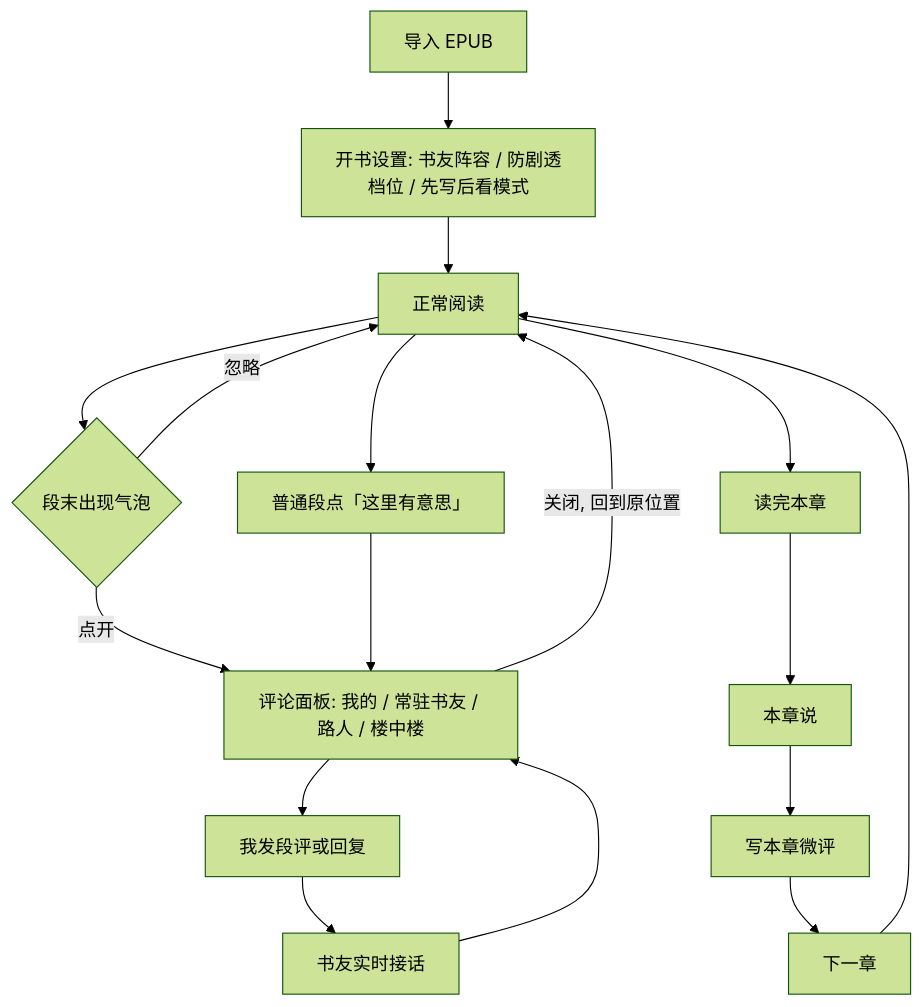
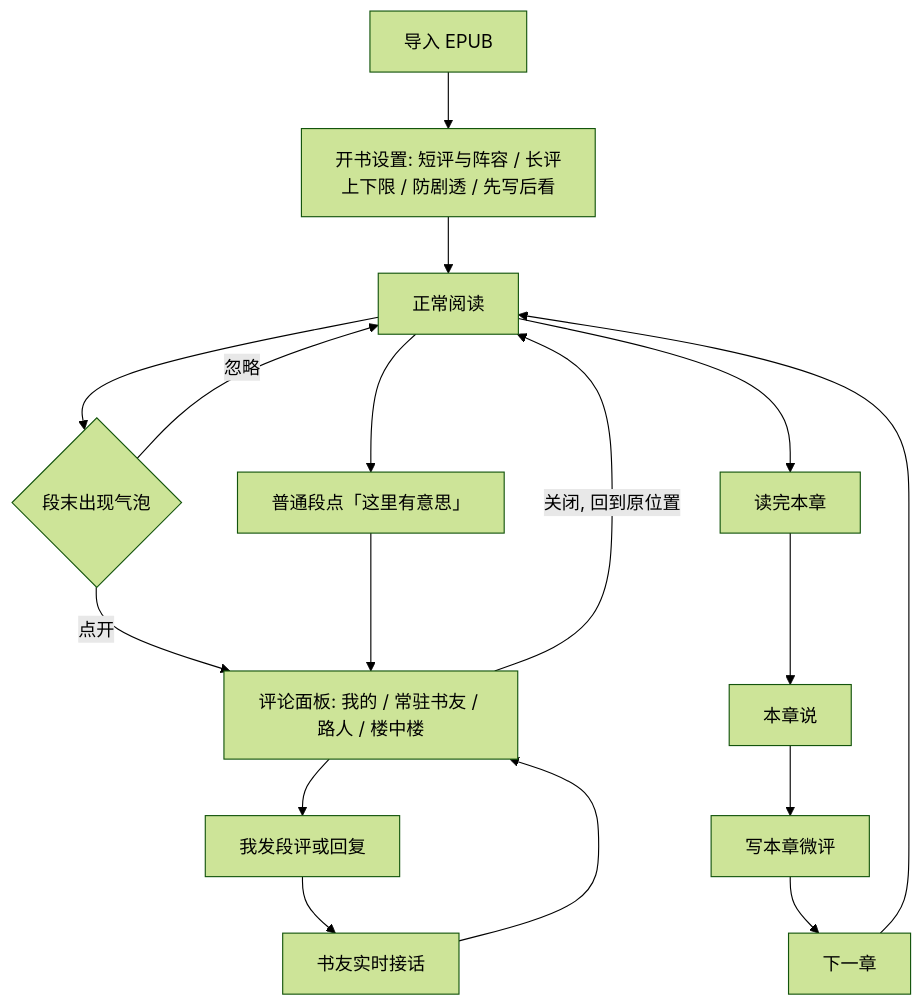
The first of 2 diagrams in docs/产品设计_V2.md (MikasaAkerman/reader-seat), drawn with Mermaid (forest theme) before and after one commit. The commit also changed other lines of this file and 14 other files, not shown here.

````diff
--- a/docs/产品设计_V2.md
+++ b/docs/产品设计_V2.md
@@ -266,19 +266,19 @@
 ```mermaid
 flowchart TD
-    importBook[导入 EPUB] --> bookSetup["开书设置: 书友阵容 / 防剧透档位 / 先写后看模式"]
+    importBook[导入 EPUB] --> bookSetup["开书设置: 短评与阵容 / 长评上下限 / 防剧透 / 先写后看"]
     bookSetup --> reading[正常阅读]
     reading --> bubble{段末出现气泡}
     bubble -->|忽略| reading
     bubble -->|点开| panel["评论面板: 我的 / 常驻书友 / 路人 / 楼中楼"]
     panel --> post[我发段评或回复]
     post --> liveReply[书友实时接话]
     liveReply --> panel
     panel -->|关闭, 回到原位置| reading
     reading --> markFun["普通段点「这里有意思」"]
     markFun --> panel
     reading --> chapterEnd[读完本章]
     chapterEnd --> chapterTalk[本章说]
     chapterTalk --> microReview[写本章微评]
     microReview --> nextChapter[下一章]
     nextChapter --> reading
 ```
````
